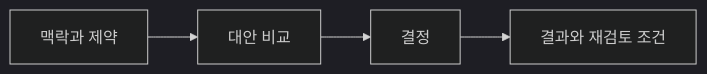
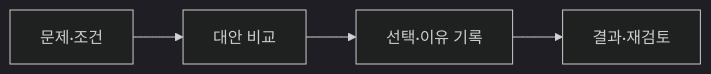
Before and after one commit to moocongpapa/it-study: the diagram in content/topics/architecture-decisions.md, drawn with Mermaid (dark theme). The commit also changed other lines of this file and 71 other files, not shown here.

````diff
--- a/content/topics/architecture-decisions.md
+++ b/content/topics/architecture-decisions.md
@@ -6,4 +20,4 @@
 ```mermaid
 flowchart LR
-  C["맥락과 제약"] --> O["대안 비교"] --> D["결정"] --> R["결과와 재검토 조건"]
+ A["문제·조건"] --> B["대안 비교"] --> C["선택·이유 기록"] --> D["결과·재검토"]
 ```
````
